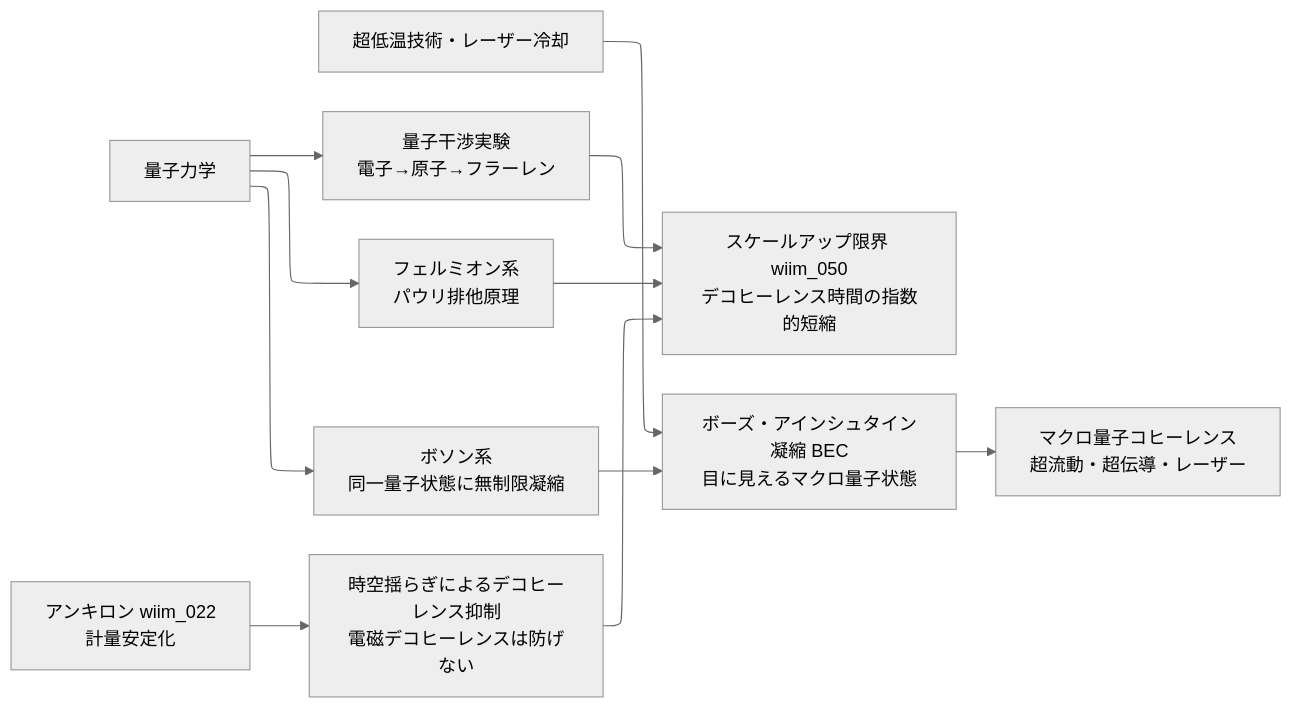
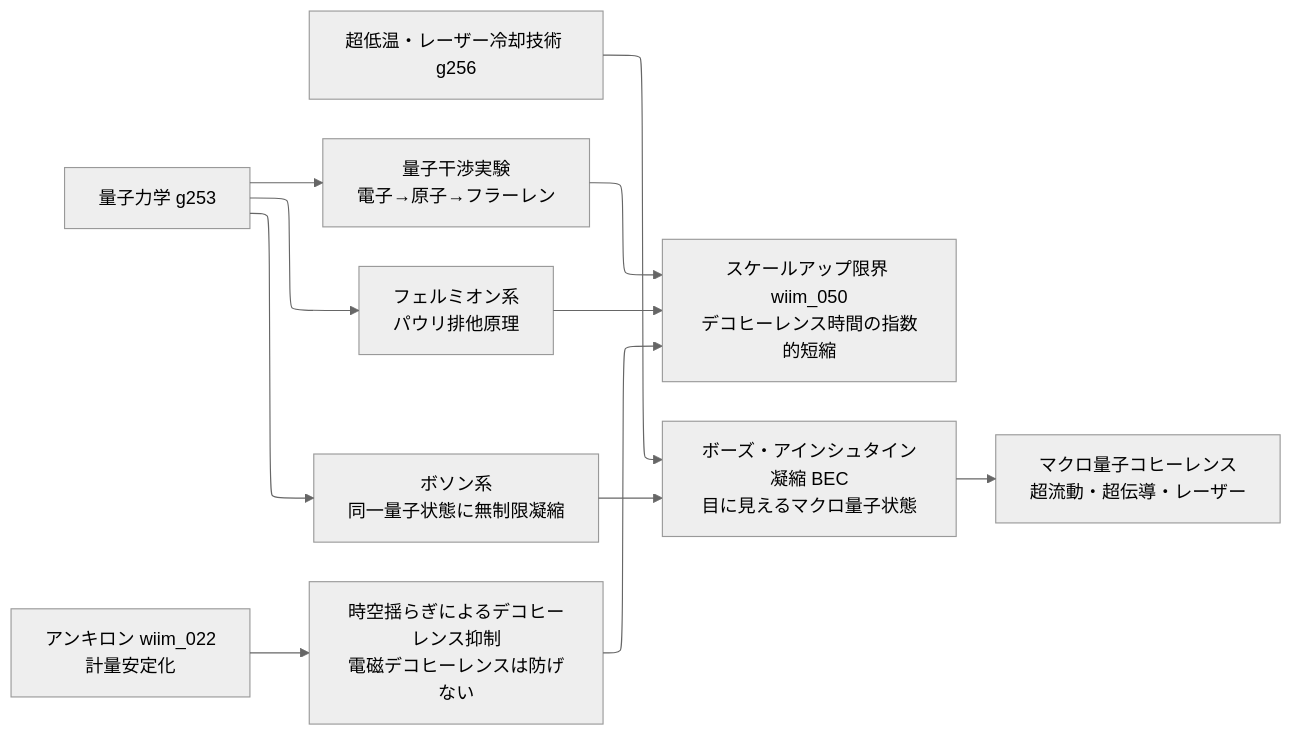
One commit to theronium/WhatIfImpossible changed the eighth of 11 diagrams in docs/notes/tech_tree.md. Above: the diagram before and after it, drawn with Mermaid (neutral theme). The commit also changed other lines of this file and 73 other files, not shown here.

````diff
--- a/docs/notes/tech_tree.md
+++ b/docs/notes/tech_tree.md
@@ -410,21 +410,21 @@
 ```mermaid
 %%{init: {"layout": "elk"}}%%
 flowchart LR
-    Q1[量子力学]
-    Q2[超低温技術・レーザー冷却]
+    Q1[量子力学 g253]
+    Q2[超低温・レーザー冷却技術 g256]
     Q3[アンキロン wiim_022\n計量安定化]
 
     Q1 --> Q4[量子干渉実験\n電子→原子→フラーレン]
     Q4 --> Q5[スケールアップ限界 wiim_050\nデコヒーレンス時間の指数的短縮]
 
     Q1 --> Q6[フェルミオン系\nパウリ排他原理]
     Q6 --> Q5
 
     Q1 --> Q7[ボソン系\n同一量子状態に無制限凝縮]
     Q2 --> Q8[ボーズ・アインシュタイン凝縮 BEC\n目に見えるマクロ量子状態]
     Q7 --> Q8
     Q8 --> Q9[マクロ量子コヒーレンス\n超流動・超伝導・レーザー]
 
     Q3 --> Q10[時空揺らぎによるデコヒーレンス抑制\n電磁デコヒーレンスは防げない]
     Q10 --> Q5
 ```
````
